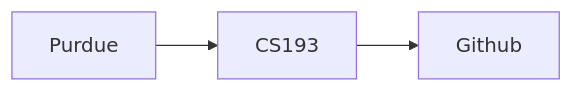
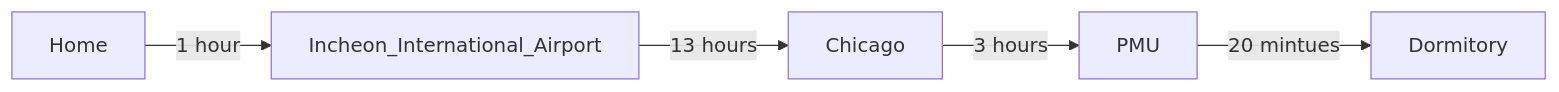
Before and after one commit to Purdue-CS193/homework-0-ilksh: the diagram in index.md, drawn with Mermaid. The commit also changed other lines of this file, not shown here.

````diff
--- a/index.md
+++ b/index.md
@@ -41,5 +13,7 @@
 ```mermaid
   graph LR;
-  Purdue --> CS193;
-  CS193 --> Github;
+  Home --> |1 hour|Incheon_International_Airport;
+  Incheon_International_Airport --> |13 hours|Chicago;
+  Chicago --> |3 hours|PMU;
+  PMU--> |20 mintues|Dormitory;
 ```
````
